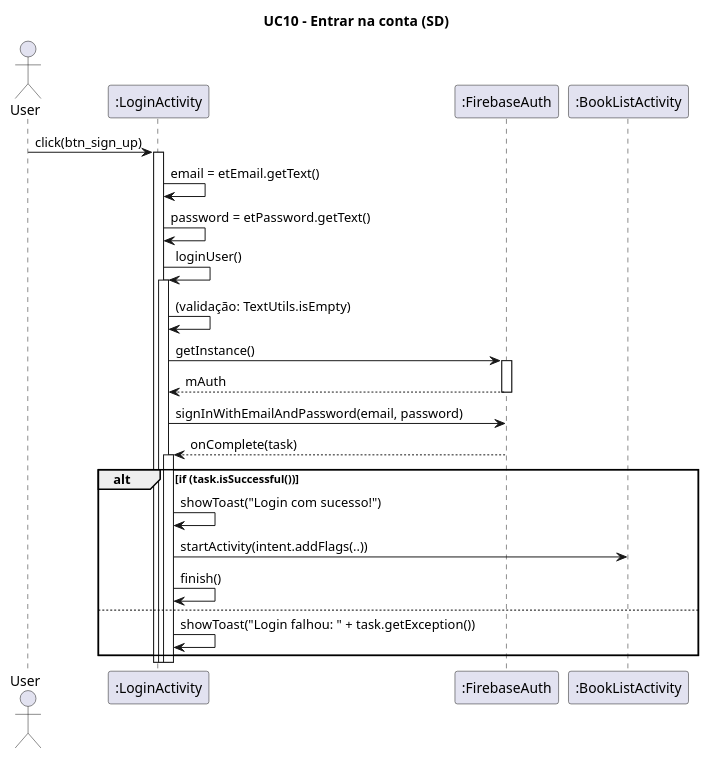
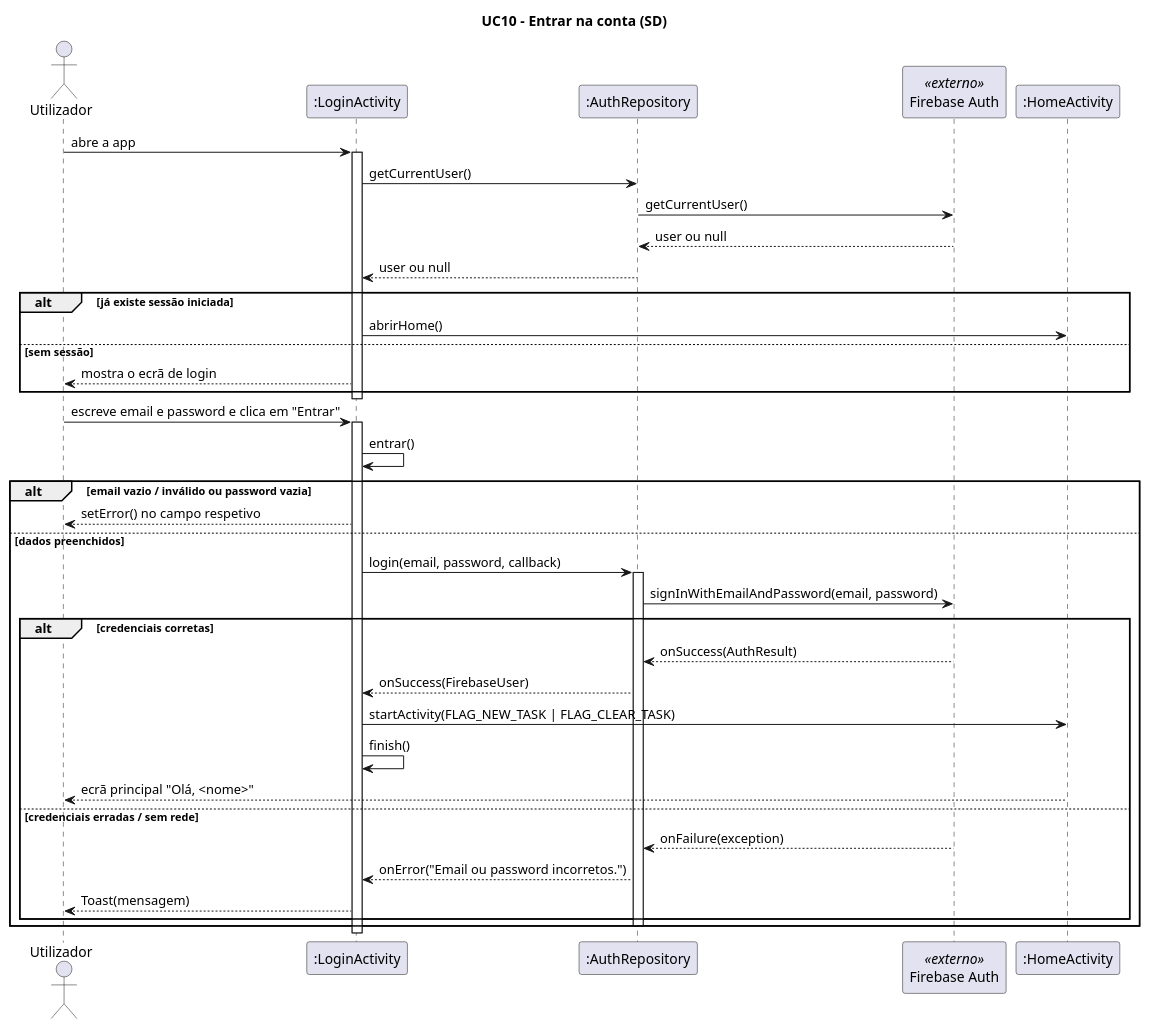
The diagram in app/docs/UCs/UC10-SD.puml (Diogo-29/DSSMV_ProjectDroid_1240632_1240857), drawn with PlantUML before and after one commit. The commit also changed 72 other files, not shown here.

```diff
--- a/app/docs/UCs/UC10-SD.puml
+++ b/app/docs/UCs/UC10-SD.puml
@@ -1,43 +1,47 @@
 @startuml
+title UC10 - Entrar na conta (SD)
+skinparam sequenceMessageAlign left
 
-title UC10 - Entrar na conta (SD)
+actor "Utilizador" as U
+participant ":LoginActivity" as A
+participant ":AuthRepository" as R
+participant "Firebase Auth" as FA <<externo>>
+participant ":HomeActivity" as H
 
-actor User
-participant ":LoginActivity" as Activity
-participant ":FirebaseAuth" as Auth
+U -> A: abre a app
+activate A
+A -> R: getCurrentUser()
+R -> FA: getCurrentUser()
+FA --> R: user ou null
+R --> A: user ou null
+alt já existe sessão iniciada
+  A -> H: abrirHome()
+else sem sessão
+  A --> U: mostra o ecrã de login
+end
+deactivate A
 
-User -> Activity: click(btn_sign_up)
-activate Activity
-
-    Activity -> Activity: email = etEmail.getText()
-    Activity -> Activity: password = etPassword.getText()
-
-    Activity -> Activity: loginUser()
-    activate Activity
-
-        Activity -> Activity: (validação: TextUtils.isEmpty)
-
-        Activity -> Auth: getInstance()
-        activate Auth
-        Auth --> Activity: mAuth
-        deactivate Auth
-
-        Activity -> Auth: signInWithEmailAndPassword(email, password)
-
-        Auth --> Activity: onComplete(task)
-        activate Activity
-            alt if (task.isSuccessful())
-
-                Activity -> Activity: showToast("Login com sucesso!")
-                Activity -> ":BookListActivity": startActivity(intent.addFlags(..))
-                Activity -> Activity: finish()
-            else
-
-                Activity -> Activity: showToast("Login falhou: " + task.getException())
-            end
-        deactivate Activity
-
-    deactivate Activity
-deactivate Activity
-
+U -> A: escreve email e password e clica em "Entrar"
+activate A
+A -> A: entrar()
+alt email vazio / inválido ou password vazia
+  A --> U: setError() no campo respetivo
+else dados preenchidos
+  A -> R: login(email, password, callback)
+  activate R
+  R -> FA: signInWithEmailAndPassword(email, password)
+  alt credenciais corretas
+    FA --> R: onSuccess(AuthResult)
+    R --> A: onSuccess(FirebaseUser)
+    A -> H: startActivity(FLAG_NEW_TASK | FLAG_CLEAR_TASK)
+    A -> A: finish()
+    H --> U: ecrã principal "Olá, <nome>"
+  else credenciais erradas / sem rede
+    FA --> R: onFailure(exception)
+    R --> A: onError("Email ou password incorretos.")
+    A --> U: Toast(mensagem)
+  end
+  deactivate R
+end
+deactivate A
 @enduml
```
